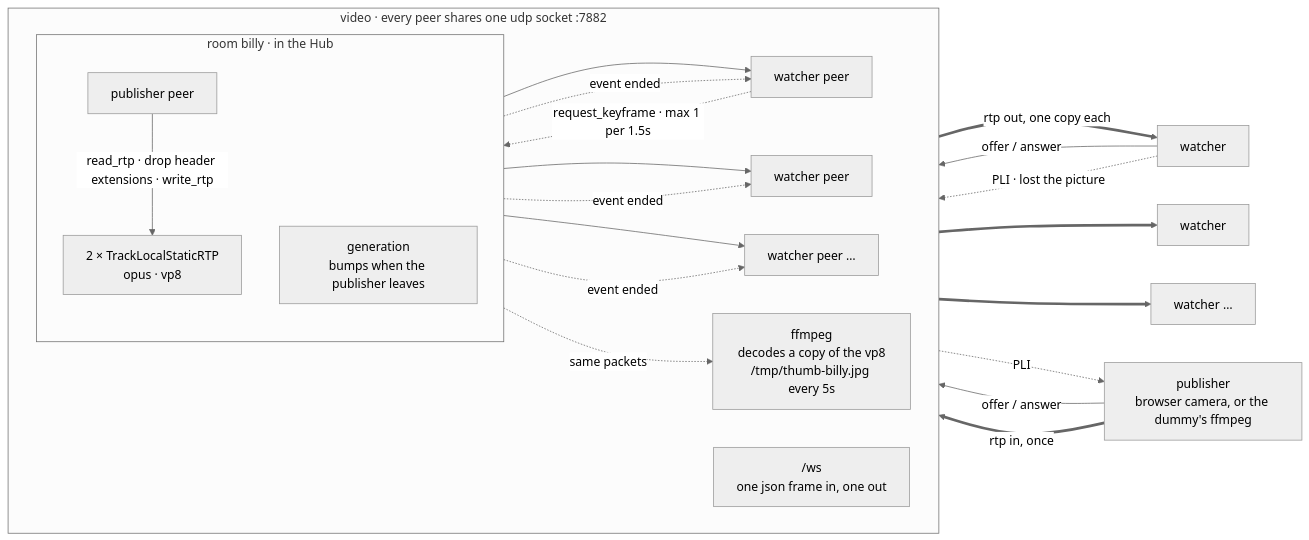
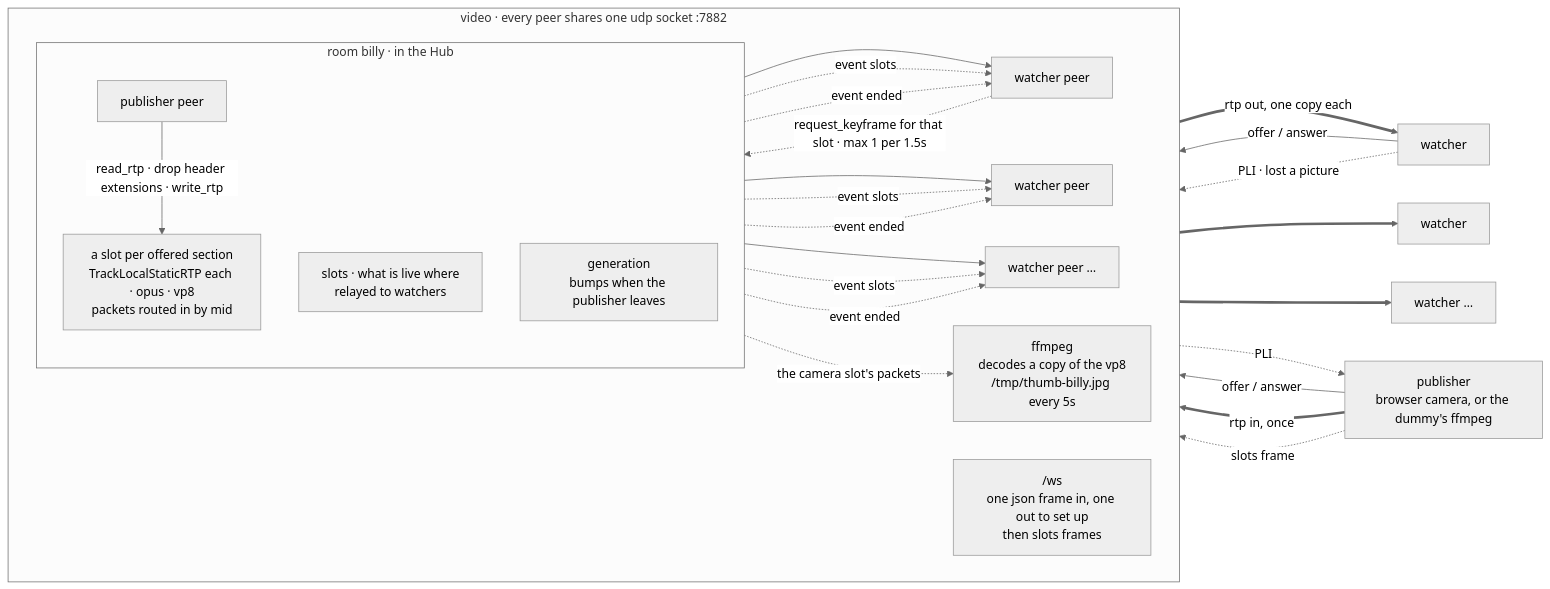
One commit to ZeroNerodaHero/slop-stream-architecture changed the fourth of 10 diagrams in docs/architecture-picture.md. Above: the diagram before and after it, drawn with Mermaid (neutral theme). The commit also changed other lines of this file and 66 other files, not shown here.

````diff
--- a/docs/architecture-picture.md
+++ b/docs/architecture-picture.md
@@ -128,37 +135,39 @@
 ```mermaid
 flowchart LR
   cam["publisher<br/>browser camera, or the dummy's ffmpeg"]
 
   subgraph video["video · every peer shares one udp socket :7882"]
     direction LR
-    ws["/ws<br/>one json frame in, one out"]
+    ws["/ws<br/>one json frame in, one out to set up<br/>then slots frames"]
     subgraph room["room billy · in the Hub"]
       direction TB
       pp["publisher peer"]
-      tr["2 × TrackLocalStaticRTP<br/>opus · vp8"]
+      tr["a slot per offered section<br/>TrackLocalStaticRTP each · opus · vp8<br/>packets routed in by mid"]
+      sl["slots · what is live where<br/>relayed to watchers"]
       gen["generation<br/>bumps when the publisher leaves"]
     end
     wp1["watcher peer"]
     wp2["watcher peer"]
     wp3["watcher peer …"]
     ff["ffmpeg<br/>decodes a copy of the vp8<br/>/tmp/thumb-billy.jpg every 5s"]
   end
 
   w1["watcher"]
   w2["watcher"]
   w3["watcher …"]
 
   cam -->|"offer / answer"| ws
   w1 -->|"offer / answer"| ws
   cam ==>|"rtp in, once"| pp
   pp -->|"read_rtp · drop header extensions · write_rtp"| tr
   tr --> wp1 & wp2 & wp3
   wp1 ==>|"rtp out, one copy each"| w1
   wp2 ==> w2
   wp3 ==> w3
-  tr -.->|"same packets"| ff
-  w1 -.->|"PLI · lost the picture"| wp1
-  wp1 -.->|"request_keyframe · max 1 per 1.5s"| pp
+  tr -.->|"the camera slot's packets"| ff
+  w1 -.->|"PLI · lost a picture"| wp1
+  wp1 -.->|"request_keyframe for that slot · max 1 per 1.5s"| pp
   pp -.->|"PLI"| cam
+  cam -.->|"slots frame"| sl -.->|"event slots"| wp1 & wp2 & wp3
   gen -.->|"event ended"| wp1 & wp2 & wp3
 ```
````
